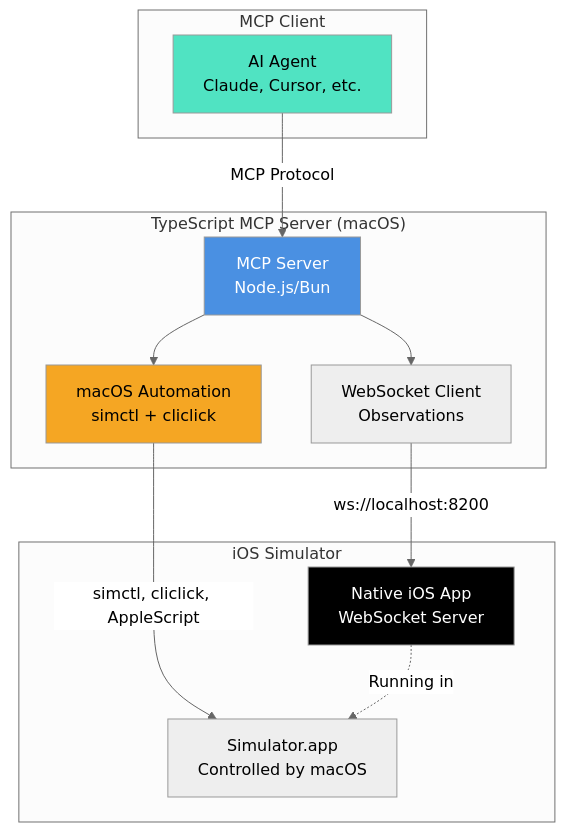
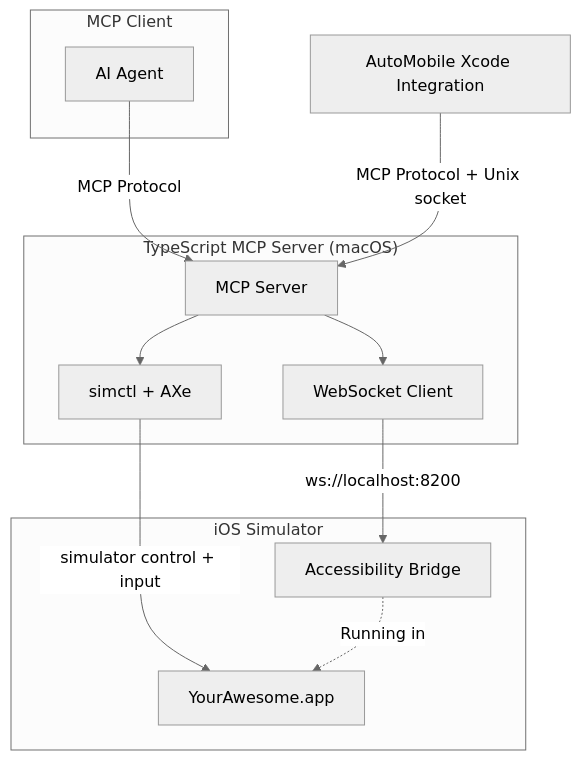
The diagram in docs/design-docs/plat/ios/index.md (zillow/auto-mobile), drawn with Mermaid (neutral theme) before and after one commit. The commit also changed other lines of this file and 13 other files, not shown here.

````diff
--- a/docs/design-docs/plat/ios/index.md
+++ b/docs/design-docs/plat/ios/index.md
@@ -21,29 +7,25 @@
 ```mermaid
 graph TB
     subgraph "MCP Client"
-        Agent[AI Agent<br/>Claude, Cursor, etc.]
+        Agent[AI Agent]
     end
 
     subgraph "TypeScript MCP Server (macOS)"
-        MCP[MCP Server<br/>Node.js/Bun]
-        WSClient[WebSocket Client<br/>Observations]
-        MacOS[macOS Automation<br/>simctl + cliclick]
+        MCP[MCP Server]
+        WSClient[WebSocket Client]
+        MacOS[simctl + AXe]
     end
 
     subgraph "iOS Simulator"
-        NativeApp[Native iOS App<br/>WebSocket Server]
-        SimApp[Simulator.app<br/>Controlled by macOS]
+        NativeApp[Accessibility Bridge]
+        SimApp[YourAwesome.app]
     end
 
     Agent -->|MCP Protocol| MCP
+    Xcode[AutoMobile Xcode Integration] -->|MCP Protocol + Unix socket| MCP
     MCP --> WSClient
     MCP --> MacOS
     WSClient -->|ws://localhost:8200| NativeApp
-    MacOS -->|simctl, cliclick, AppleScript| SimApp
+    MacOS -->|simulator control + input| SimApp
     NativeApp -.->|Running in| SimApp
-
-    style MCP fill:#4A90E2,color:#fff
-    style Agent fill:#50E3C2,color:#000
-    style NativeApp fill:#000,color:#fff
-    style MacOS fill:#F5A623,color:#000
 ```
````
